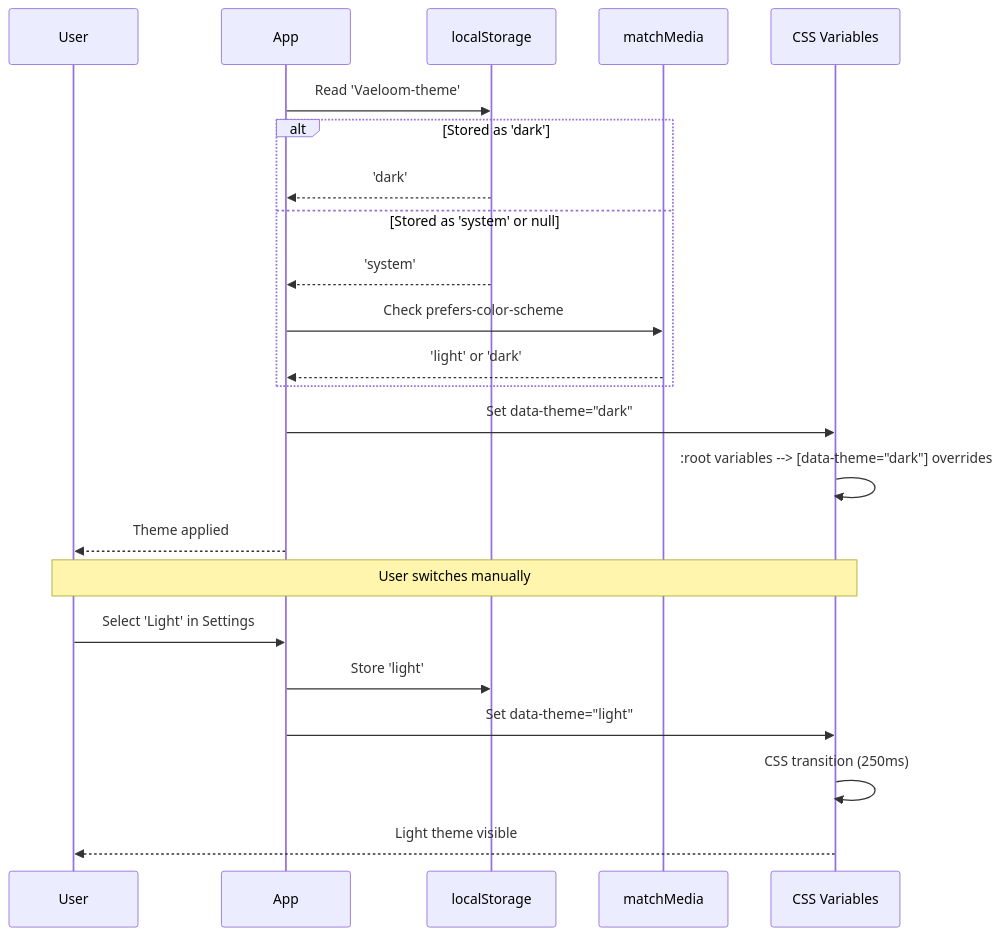
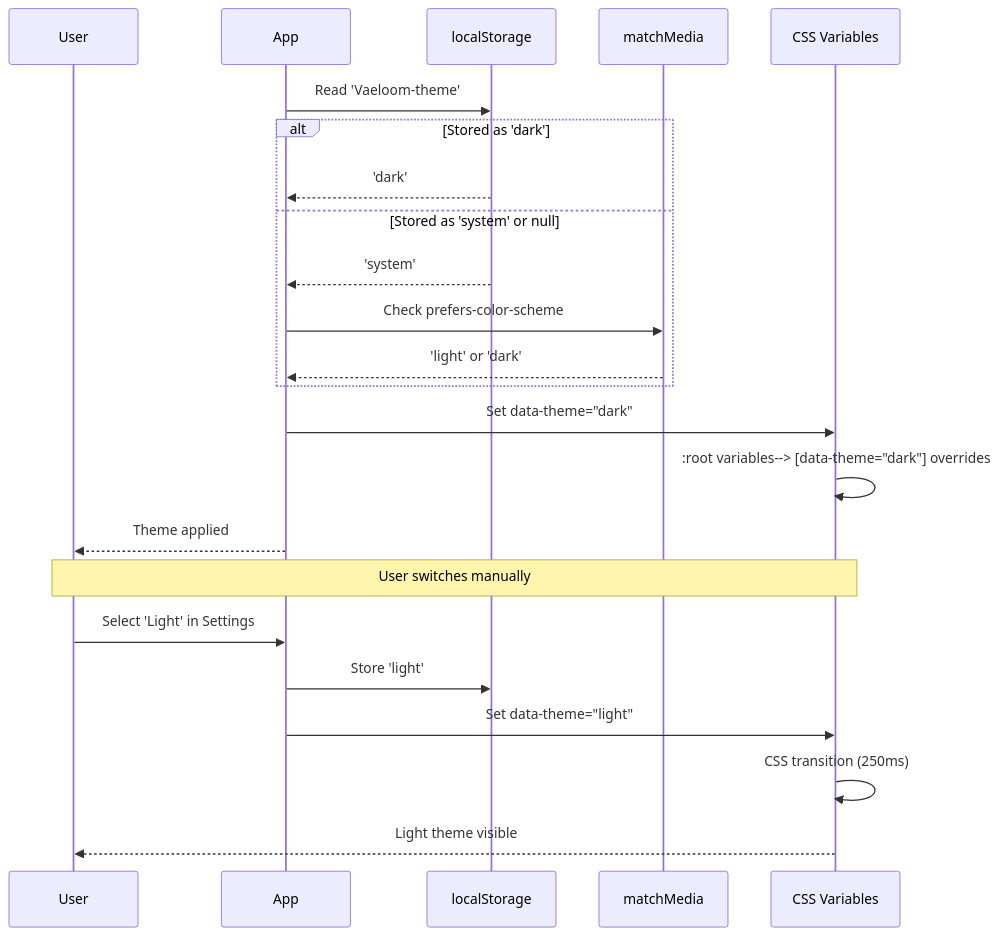
Before and after one commit to Driftloom/Vaeloom: the fourth of 4 diagrams in docs/frontend/Theme-System.md, drawn with Mermaid. The commit also changed other lines of this file and 694 other files, not shown here.

First line of the commit message:
docs: mermaid standardization — encoding/mermaid/duplicate cleanup

````diff
--- a/docs/frontend/Theme-System.md
+++ b/docs/frontend/Theme-System.md
@@ -1040,27 +1040,27 @@
 ```mermaid
 sequenceDiagram
-    participant U as User
-    participant APP as App
-    participant LS as localStorage
-    participant MQ as matchMedia
-    participant CSS as CSS Variables
+ participant U as User
+ participant APP as App
+ participant LS as localStorage
+ participant MQ as matchMedia
+ participant CSS as CSS Variables
 
-    APP->>LS: Read 'Vaeloom-theme'
-    alt Stored as 'dark'
-        LS-->>APP: 'dark'
-    else Stored as 'system' or null
-        LS-->>APP: 'system'
-        APP->>MQ: Check prefers-color-scheme
-        MQ-->>APP: 'light' or 'dark'
-    end
-    APP->>CSS: Set data-theme="dark"
-    CSS->>CSS: :root variables --> [data-theme="dark"] overrides
-    APP-->>U: Theme applied
+ APP->>LS: Read 'Vaeloom-theme'
+ alt Stored as 'dark'
+ LS-->>APP: 'dark'
+ else Stored as 'system' or null
+ LS-->>APP: 'system'
+ APP->>MQ: Check prefers-color-scheme
+ MQ-->>APP: 'light' or 'dark'
+ end
+ APP->>CSS: Set data-theme="dark"
+ CSS->>CSS: :root variables--> [data-theme="dark"] overrides
+ APP-->>U: Theme applied
 
-    Note over U,CSS: User switches manually
-    U->>APP: Select 'Light' in Settings
-    APP->>LS: Store 'light'
-    APP->>CSS: Set data-theme="light"
-    CSS->>CSS: CSS transition (250ms)
-    CSS-->>U: Light theme visible
+ Note over U,CSS: User switches manually
+ U->>APP: Select 'Light' in Settings
+ APP->>LS: Store 'light'
+ APP->>CSS: Set data-theme="light"
+ CSS->>CSS: CSS transition (250ms)
+ CSS-->>U: Light theme visible
 ```
````
